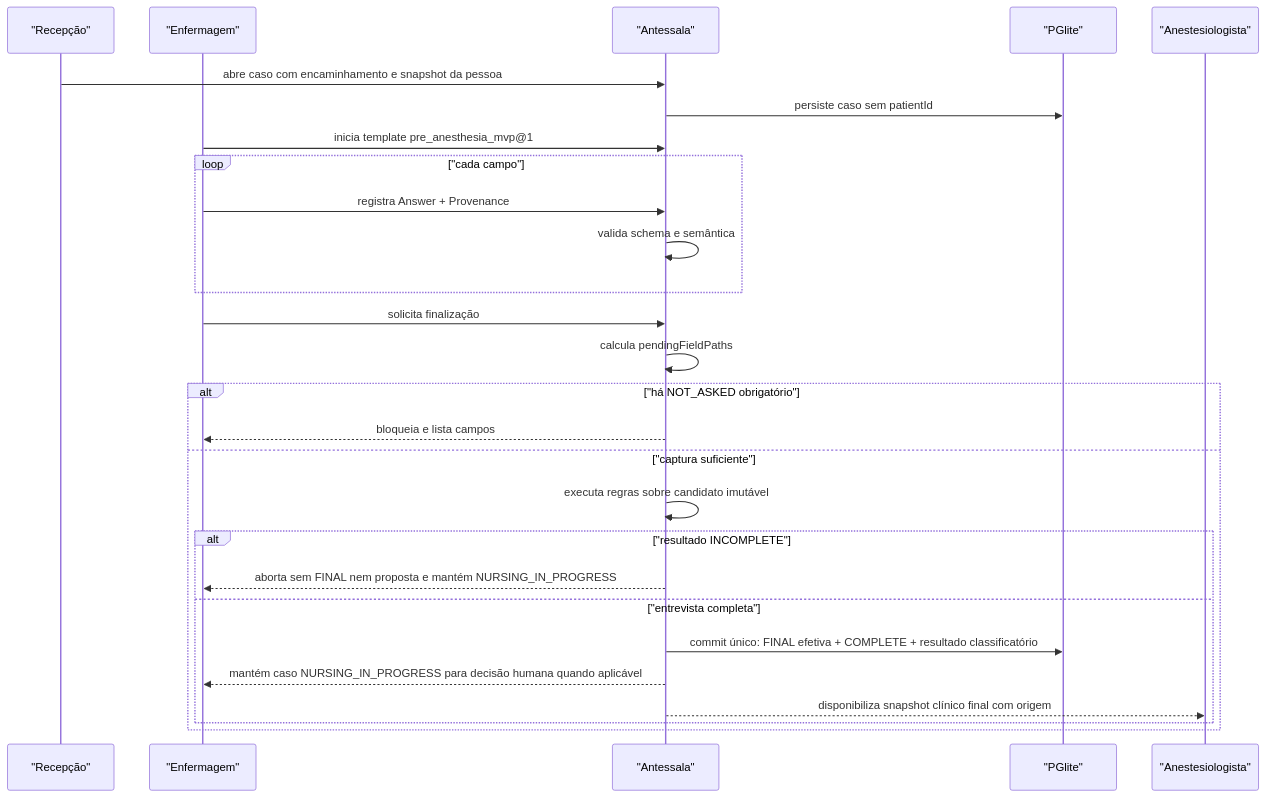
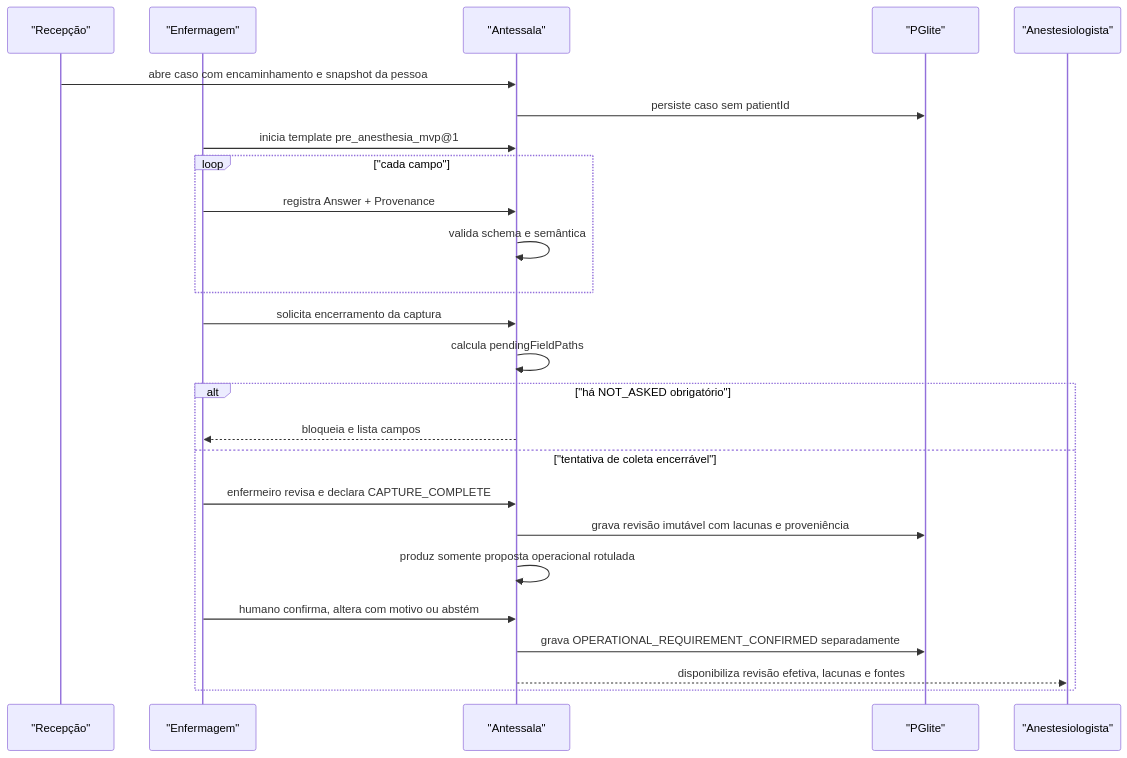
The diagram in hack/domains/ANALYST-anamnese-e-catalogos.md (nmarcofernandess/antessala), drawn with Mermaid before and after one commit. The commit also changed other lines of this file and 8 other files, not shown here.

````diff
--- a/hack/domains/ANALYST-anamnese-e-catalogos.md
+++ b/hack/domains/ANALYST-anamnese-e-catalogos.md
@@ -719,30 +749,28 @@
 ```mermaid
 sequenceDiagram
   participant R as "Recepção"
   participant N as "Enfermagem"
   participant A as "Antessala"
   participant DB as "PGlite"
   participant M as "Anestesiologista"
 
   R->>A: abre caso com encaminhamento e snapshot da pessoa
   A->>DB: persiste caso sem patientId
   N->>A: inicia template pre_anesthesia_mvp@1
   loop "cada campo"
     N->>A: registra Answer + Provenance
     A->>A: valida schema e semântica
   end
-  N->>A: solicita finalização
+  N->>A: solicita encerramento da captura
   A->>A: calcula pendingFieldPaths
   alt "há NOT_ASKED obrigatório"
     A-->>N: bloqueia e lista campos
-  else "captura suficiente"
-    A->>A: executa regras sobre candidato imutável
-    alt "resultado INCOMPLETE"
-      A-->>N: aborta sem FINAL nem proposta e mantém NURSING_IN_PROGRESS
-    else "entrevista completa"
-      A->>DB: commit único: FINAL efetiva + COMPLETE + resultado classificatório
-      A-->>N: mantém caso NURSING_IN_PROGRESS para decisão humana quando aplicável
-      A-->>M: disponibiliza snapshot clínico final com origem
-    end
+  else "tentativa de coleta encerrável"
+    N->>A: enfermeiro revisa e declara CAPTURE_COMPLETE
+    A->>DB: grava revisão imutável com lacunas e proveniência
+    A->>A: produz somente proposta operacional rotulada
+    N->>A: humano confirma, altera com motivo ou abstém
+    A->>DB: grava OPERATIONAL_REQUIREMENT_CONFIRMED separadamente
+    A-->>M: disponibiliza revisão efetiva, lacunas e fontes
   end
 ```
````
